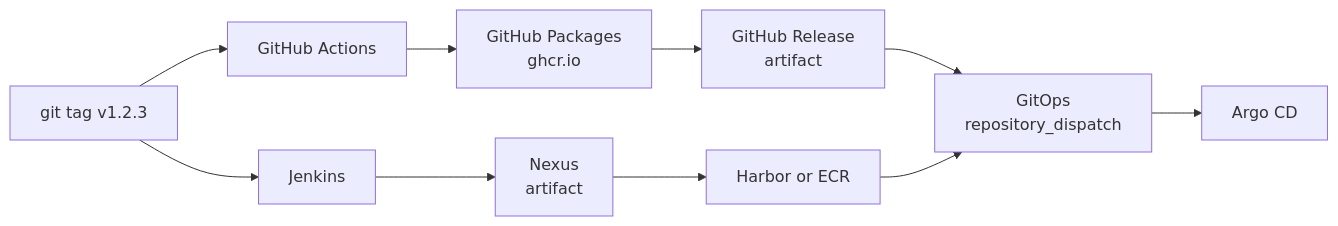
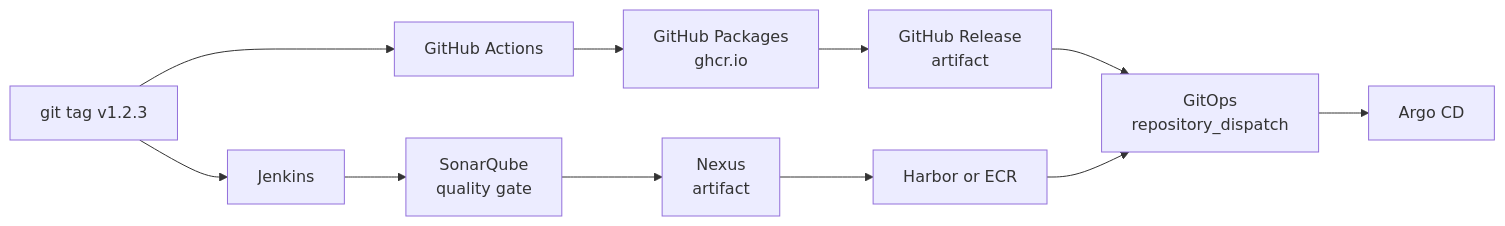
Before and after one commit to nalbam/sample-webpack: the diagram in docs/pipeline.md, drawn with Mermaid. The commit also changed other lines of this file and 1 other file, not shown here.

First line of the commit message:
ci: use the nalbam/jenkinsfiles shared library in Jenkins

````diff
--- a/docs/pipeline.md
+++ b/docs/pipeline.md
@@ -11,8 +11,8 @@
 ```mermaid
 flowchart LR
   tag["git tag v1.2.3"] --> gha["GitHub Actions"]
   tag --> jenkins["Jenkins"]
   gha --> ghcr["GitHub Packages<br/>ghcr.io"] --> ghrel["GitHub Release<br/>artifact"] --> gitops["GitOps<br/>repository_dispatch"]
-  jenkins --> nexus["Nexus<br/>artifact"] --> registry["Harbor or ECR"] --> gitops
+  jenkins --> sonar["SonarQube<br/>quality gate"] --> nexus["Nexus<br/>artifact"] --> registry["Harbor or ECR"] --> gitops
   gitops --> argocd["Argo CD"]
 ```
````
